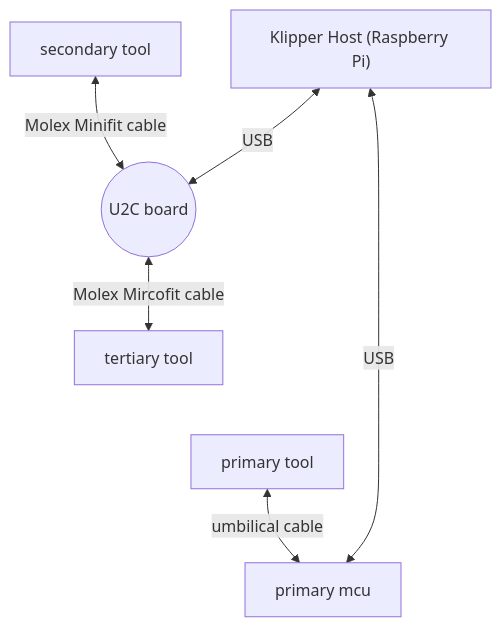
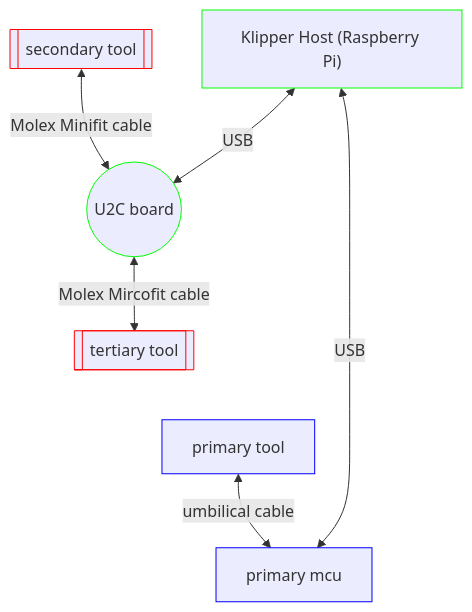
One commit to willpuckett/kb_can changed the second of 9 diagrams in can.md. Above: the diagram before and after it, drawn with Mermaid. The commit also changed other lines of this file and 1 other file, not shown here.

````diff
--- a/can.md
+++ b/can.md
@@ -140,15 +154,19 @@
 ```mermaid
 graph TD;
-    sbc["Klipper Host (Raspberry Pi)"]
-    u2c((U2C board))
-    t0[primary tool]
-    t1[secondary tool]
-    t2[tertiary tool]
-    primary[primary mcu]
+    classDef term stroke:#f00
+    classDef can stroke:#0f0
+    classDef nc stroke:#00f
+
+    sbc["Klipper Host (Raspberry Pi)"]:::can
+    u2c((U2C board)):::can
+    t0[primary tool]:::nc
+    t1[[secondary tool]]:::term
+    t2[[tertiary tool]]:::term
+    primary[primary mcu]:::nc
 
     t1 <--Molex Minifit cable--> u2c
     sbc <--USB--> u2c 
     u2c <--Molex Mircofit cable-->  t2  
     t0 <-- umbilical cable--> primary
     sbc <--USB-----> primary
 ```
````
